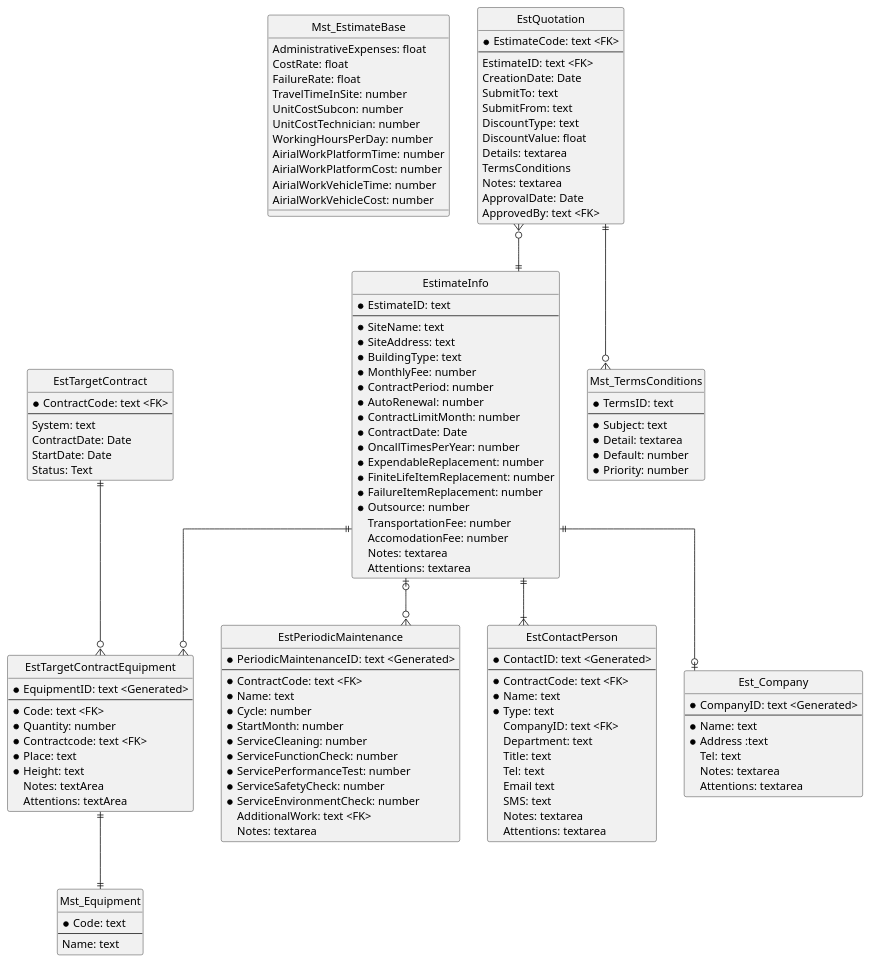
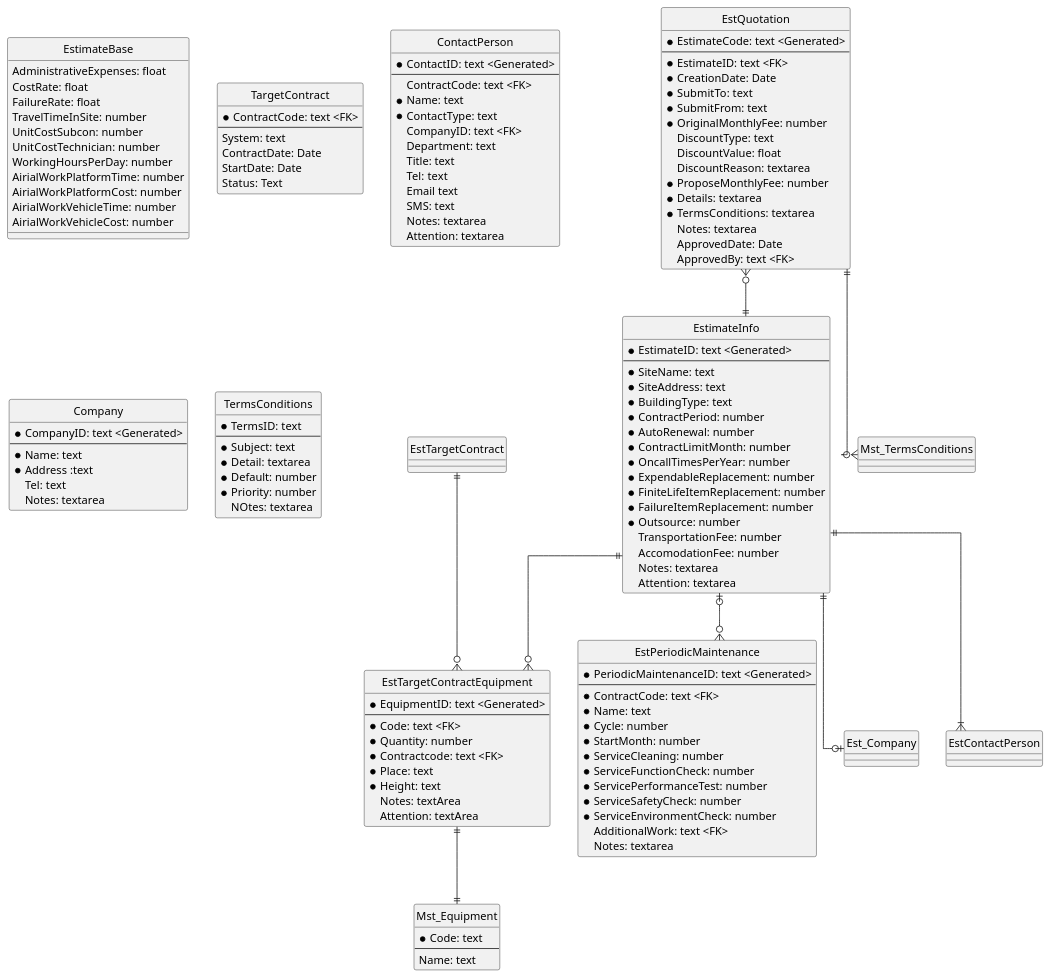
One commit to himiz6912/mms changed the diagram in er_estimate.pu. Above: the diagram before and after it, drawn with PlantUML. The commit also changed 4 other files, not shown here.

```diff
--- a/er_estimate.pu
+++ b/er_estimate.pu
@@ -1,134 +1,139 @@
 @startuml
 hide circle
 skinparam linetype ortho
 
-entity Mst_EstimateBase {
+entity EstimateBase {
     AdministrativeExpenses: float
     CostRate: float
     FailureRate: float
     TravelTimeInSite: number
     UnitCostSubcon: number
     UnitCostTechnician: number
     WorkingHoursPerDay: number
     AirialWorkPlatformTime: number
     AirialWorkPlatformCost: number
     AirialWorkVehicleTime: number
     AirialWorkVehicleCost: number
 }
 entity EstimateInfo {
-    * EstimateID: text
+    * EstimateID: text <Generated>
     --
     * SiteName: text
     * SiteAddress: text
     * BuildingType: text
-    * MonthlyFee: number
     * ContractPeriod: number
     * AutoRenewal: number
     * ContractLimitMonth: number
-    * ContractDate: Date
     * OncallTimesPerYear: number
     * ExpendableReplacement: number
     * FiniteLifeItemReplacement: number
     * FailureItemReplacement: number
     * Outsource: number
     TransportationFee: number
     AccomodationFee: number
     Notes: textarea
-    Attentions: textarea
+    Attention: textarea
+}
+' EstimateID=1: Default setting
+entity TargetContract {
+    * ContractCode: text <FK>
+    --
+    System: text
+    ContractDate: Date
+    StartDate: Date
+    Status: Text
+}
+' for demo, actually use CMS of each company.
+entity EstTargetContractEquipment {
+    * EquipmentID: text <Generated>
+    --
+    * Code: text <FK>
+    * Quantity: number
+    * Contractcode: text <FK>
+    * Place: text
+    * Height: text
+    Notes: textArea
+    Attention: textArea
 }
 entity EstPeriodicMaintenance {
     * PeriodicMaintenanceID: text <Generated>
     --
     * ContractCode: text <FK>
     * Name: text
     * Cycle: number
     * StartMonth: number
     * ServiceCleaning: number
     * ServiceFunctionCheck: number
     * ServicePerformanceTest: number
     * ServiceSafetyCheck: number
     * ServiceEnvironmentCheck: number
     AdditionalWork: text <FK>
     Notes: textarea
 }
-entity EstTargetContract {
-    * ContractCode: text <FK>
-    --
-    System: text
-    ContractDate: Date
-    StartDate: Date
-    Status: Text
-}
-entity EstTargetContractEquipment {
-    * EquipmentID: text <Generated>
-    --
-    * Code: text <FK>
-    * Quantity: number
-    * Contractcode: text <FK>
-    * Place: text
-    * Height: text
-    Notes: textArea
-    Attentions: textArea
-}
+' PeriodicMaintenanceID=1: Default setting
 entity Mst_Equipment {
     * Code: text
     --
     Name: text
 }
-entity EstContactPerson {
+entity ContactPerson {
     * ContactID: text <Generated>
     --
-    * ContractCode: text <FK>
+    ContractCode: text <FK>
     * Name: text
-    * Type: text
+    * ContactType: text
     CompanyID: text <FK>
     Department: text
     Title: text
     Tel: text
     Email text
     SMS: text
     Notes: textarea
-    Attentions: textarea
+    Attention: textarea
 }
-entity Est_Company {
+entity Company {
     * CompanyID: text <Generated>
     --
     * Name: text
     * Address :text
     Tel: text
     Notes: textarea
-    Attentions: textarea
 }
 entity EstQuotation {
-    * EstimateCode: text <FK>
+    * EstimateCode: text <Generated>
     --
-    EstimateID: text <FK>
-    CreationDate: Date
-    SubmitTo: text
-    SubmitFrom: text
+    * EstimateID: text <FK>
+    * CreationDate: Date
+    * SubmitTo: text
+    * SubmitFrom: text
+    * OriginalMonthlyFee: number
     DiscountType: text
     DiscountValue: float
-    Details: textarea
-    TermsConditions
+    DiscountReason: textarea
+    * ProposeMonthlyFee: number
+    * Details: textarea
+    * TermsConditions: textarea
     Notes: textarea
-    ApprovalDate: Date
+    ApprovedDate: Date
     ApprovedBy: text <FK>
 }
-entity Mst_TermsConditions {
+' DiscountType: Percentage/ Fixed fee/
+entity TermsConditions {
     * TermsID: text
     --
     * Subject: text
     * Detail: textarea
     * Default: number
     * Priority: number 
+    NOtes: textarea
 }
 
 EstimateInfo ||--o{ EstTargetContractEquipment
 EstimateInfo ||--o| Est_Company
 EstimateInfo |o--o{ EstPeriodicMaintenance
 EstimateInfo ||--|{ EstContactPerson
 EstTargetContract ||--o{ EstTargetContractEquipment
 EstTargetContractEquipment ||--|| Mst_Equipment
 EstQuotation }o--|| EstimateInfo
 EstQuotation ||--o{ Mst_TermsConditions
 @enduml
```
